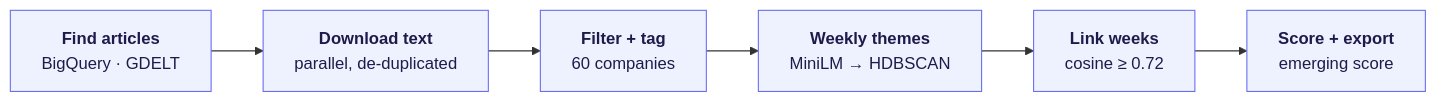
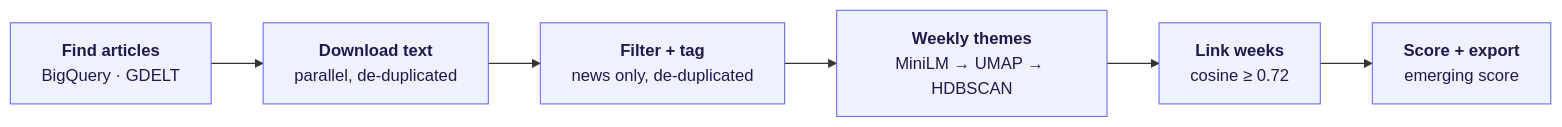
One commit to 06huange/MarketThemeAI changed the first of 3 diagrams in README.md. Above: the diagram before and after it, drawn with Mermaid. The commit also changed other lines of this file and 21 other files, not shown here.

First line of the commit message:
improve theme quality: filter commentary, UMAP clustering, headline labels

````diff
--- a/README.md
+++ b/README.md
@@ -34,13 +34,13 @@
 ```mermaid
 flowchart LR
     Q["<b>Find articles</b><br/>BigQuery · GDELT"]
     I["<b>Download text</b><br/>parallel, de-duplicated"]
-    F["<b>Filter + tag</b><br/>60 companies"]
-    T["<b>Weekly themes</b><br/>MiniLM → HDBSCAN"]
+    F["<b>Filter + tag</b><br/>news only, de-duplicated"]
+    T["<b>Weekly themes</b><br/>MiniLM → UMAP → HDBSCAN"]
     L["<b>Link weeks</b><br/>cosine ≥ 0.72"]
     E["<b>Score + export</b><br/>emerging score"]
     Q --> I --> F --> T --> L --> E
 
     classDef step fill:#eef2ff,stroke:#6366f1,color:#1e1b4b
     class Q,I,F,T,L,E step
 ```
````
